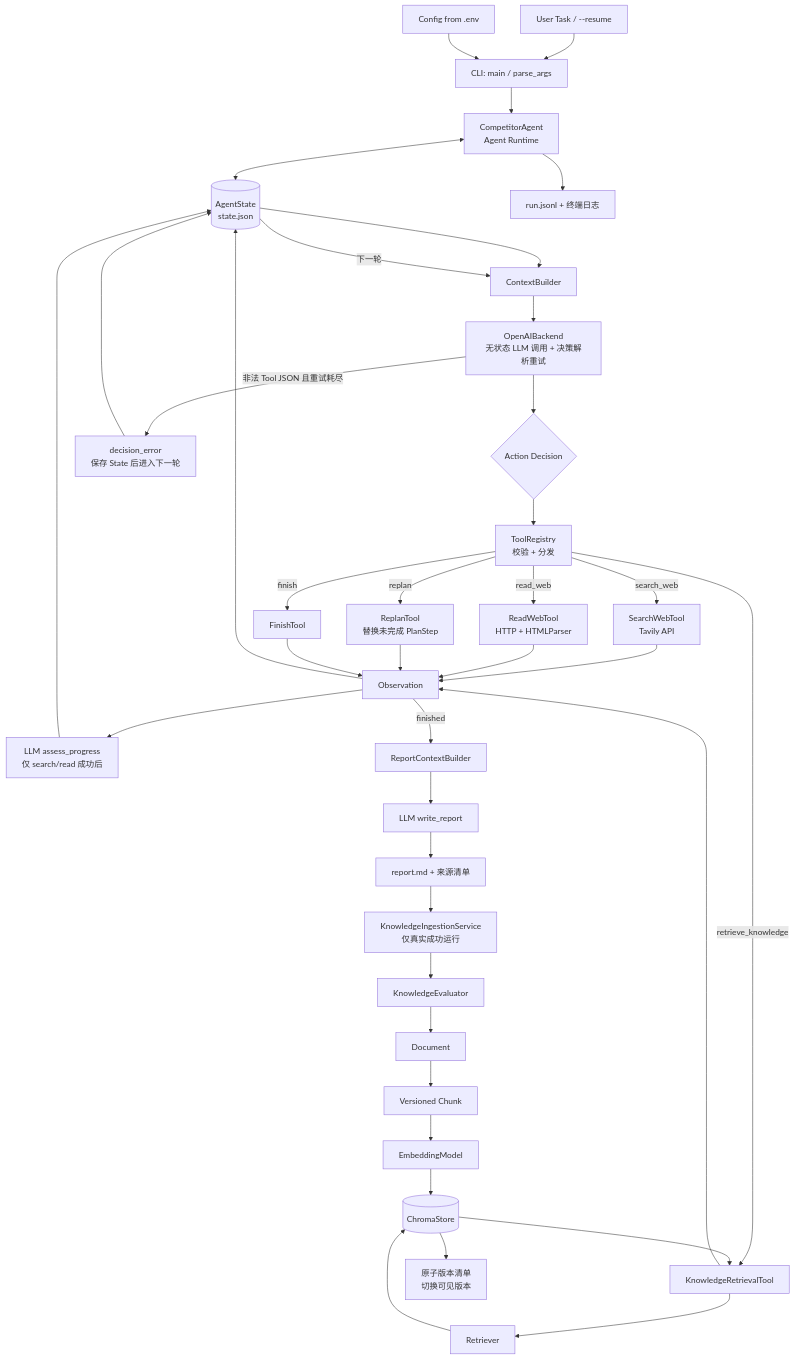
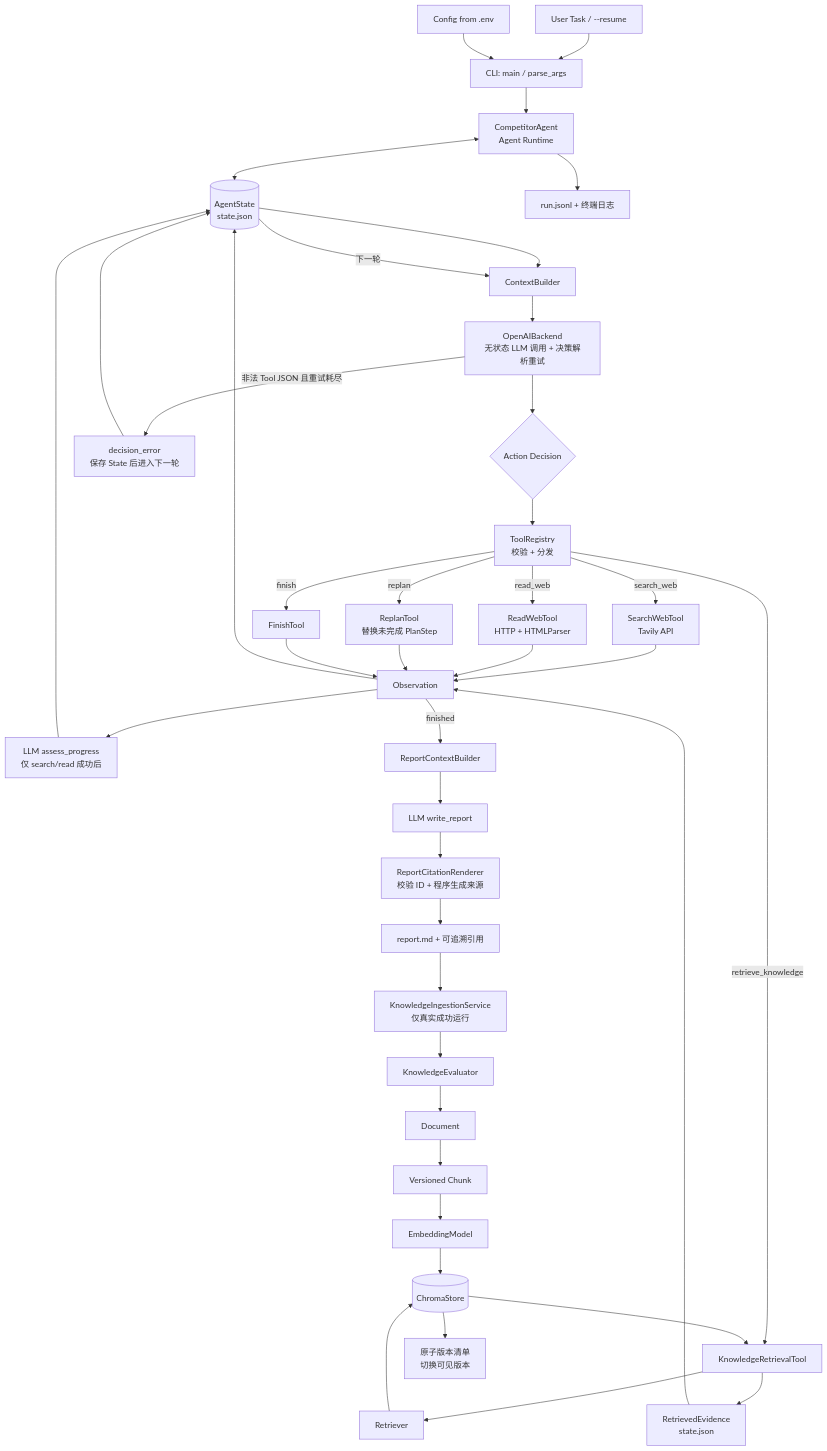
The first of 3 diagrams in docs/ARCHITECTURE.md (chiye0916/agent-competitor), drawn with Mermaid before and after one commit. The commit also changed other lines of this file and 20 other files, not shown here.

Commit message:
feat: add evidence tracing and report citations

````diff
--- a/docs/ARCHITECTURE.md
+++ b/docs/ARCHITECTURE.md
@@ -9,41 +9,43 @@
 ```mermaid
 flowchart TD
     U[User Task / --resume] --> CLI[CLI: main / parse_args]
     CFG[Config from .env] --> CLI
     CLI --> A[CompetitorAgent<br/>Agent Runtime]
     A <--> S[(AgentState<br/>state.json)]
     S --> C[ContextBuilder]
     C --> L[OpenAIBackend<br/>无状态 LLM 调用 + 决策解析重试]
     L --> D{Action Decision}
     L -->|非法 Tool JSON 且重试耗尽| DE[decision_error<br/>保存 State 后进入下一轮]
     DE --> S
     D --> TR[ToolRegistry<br/>校验 + 分发]
     TR -->|search_web| SW[SearchWebTool<br/>Tavily API]
     TR -->|read_web| RW[ReadWebTool<br/>HTTP + HTMLParser]
     TR -->|retrieve_knowledge| KT[KnowledgeRetrievalTool]
     TR -->|replan| RP[ReplanTool<br/>替换未完成 PlanStep]
     TR -->|finish| FN[FinishTool]
     SW --> O[Observation]
     RW --> O
     KT --> RET[Retriever]
     RET --> VS[(ChromaStore)]
     VS --> KT
-    KT --> O
+    KT --> E[RetrievedEvidence<br/>state.json]
+    E --> O
     RP --> O
     FN --> O
     O --> PA[LLM assess_progress<br/>仅 search/read 成功后]
     PA --> S
     O --> S
     S -->|下一轮| C
     O -->|finished| RC[ReportContextBuilder]
     RC --> WR[LLM write_report]
-    WR --> R[report.md + 来源清单]
+    WR --> CR[ReportCitationRenderer<br/>校验 ID + 程序生成来源]
+    CR --> R[report.md + 可追溯引用]
     R --> KIS[KnowledgeIngestionService<br/>仅真实成功运行]
     KIS --> KE[KnowledgeEvaluator]
     KE --> DOC[Document]
     DOC --> CH[Versioned Chunk]
     CH --> EM[EmbeddingModel]
     EM --> VS
     VS --> VM[原子版本清单<br/>切换可见版本]
     A --> J[run.jsonl + 终端日志]
 ```
````
